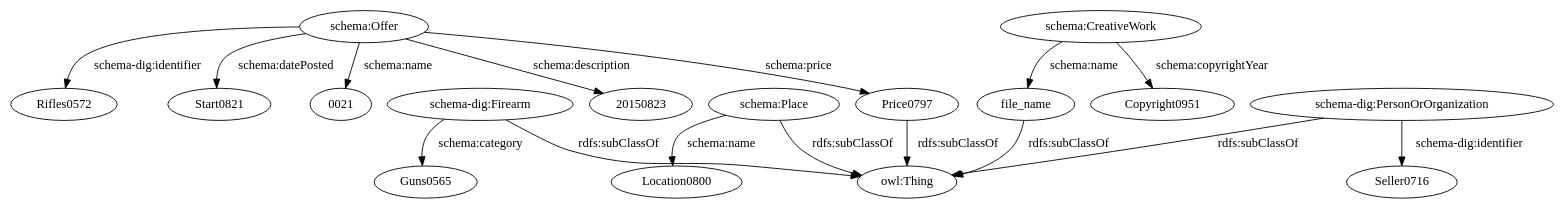
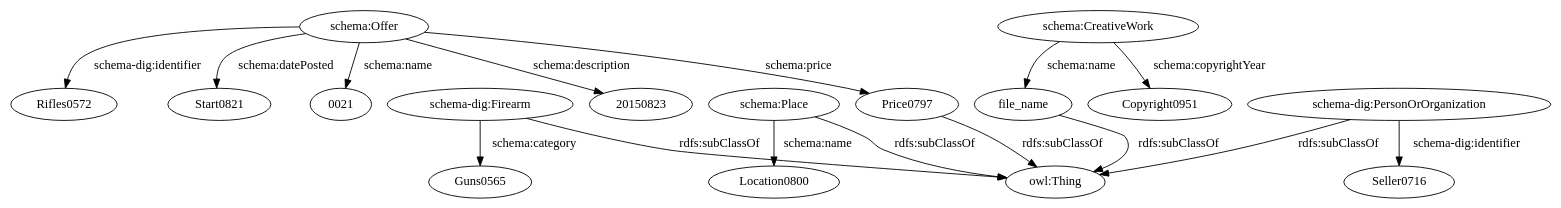
The diagram in data/taheriyan2016/task_04/semantic_models/plausibles/dot/floridaguntrader.dot (giuseppefutia/semi), drawn with Graphviz before and after one commit. The commit also changed 89 other files, not shown here.

```diff
--- a/data/taheriyan2016/task_04/semantic_models/plausibles/dot/floridaguntrader.dot
+++ b/data/taheriyan2016/task_04/semantic_models/plausibles/dot/floridaguntrader.dot
@@ -1,33 +1,33 @@
 digraph {
   "20150823" [type=attribute_name,label="20150823"]
   Guns0565 [type=attribute_name,label=Guns0565]
   "schema-dig:Firearm1" [type=class_uri,label="schema-dig:Firearm"]
   Seller0716 [type=attribute_name,label=Seller0716]
   "schema-dig:PersonOrOrganization1" [type=class_uri,label="schema-dig:PersonOrOrganization"]
   Copyright0951 [type=attribute_name,label=Copyright0951]
   "schema:CreativeWork1" [type=class_uri,label="schema:CreativeWork"]
   file_name [type=attribute_name,label=file_name]
   Rifles0572 [type=attribute_name,label=Rifles0572]
   "schema:Offer1" [type=class_uri,label="schema:Offer"]
   Start0821 [type=attribute_name,label=Start0821]
   "0021" [type=attribute_name,label="0021"]
   Price0797 [type=attribute_name,label=Price0797]
   Location0800 [type=attribute_name,label=Location0800]
   "schema:Place1" [type=class_uri,label="schema:Place"]
   "owl:Thing" [type=special,label="owl:Thing"]
   "schema-dig:Firearm1" -> Guns0565 [label="schema:category",type=st_property_uri]
   "schema-dig:PersonOrOrganization1" -> Seller0716 [label="schema-dig:identifier",type=st_property_uri]
   "schema:CreativeWork1" -> Copyright0951 [label="schema:copyrightYear",type=st_property_uri]
   "schema:CreativeWork1" -> file_name [label="schema:name",type=st_property_uri]
   "schema:Offer1" -> Rifles0572 [label="schema-dig:identifier",type=st_property_uri]
   "schema:Offer1" -> Start0821 [label="schema:datePosted",type=st_property_uri]
   "schema:Offer1" -> "20150823" [label="schema:description",type=st_property_uri]
   "schema:Offer1" -> "0021" [label="schema:name",type=st_property_uri]
   "schema:Offer1" -> Price0797 [label="schema:price",type=st_property_uri]
   "schema:Place1" -> Location0800 [label="schema:name",type=st_property_uri]
-  Price0797 -> "owl:Thing" [label="rdfs:subClassOf",type=inherited]
-  "schema-dig:Firearm1" -> "owl:Thing" [label="rdfs:subClassOf",type=inherited]
-  "schema-dig:PersonOrOrganization1" -> "owl:Thing" [label="rdfs:subClassOf",type=inherited]
-  file_name -> "owl:Thing" [label="rdfs:subClassOf",type=inherited]
-  "schema:Place1" -> "owl:Thing" [label="rdfs:subClassOf",type=inherited]
+  Price0797 -> "owl:Thing" [label="rdfs:subClassOf",type=inherited,weight=0.3333333333333333]
+  "schema-dig:Firearm1" -> "owl:Thing" [label="rdfs:subClassOf",type=inherited,weight=0.3333333333333333]
+  "schema-dig:PersonOrOrganization1" -> "owl:Thing" [label="rdfs:subClassOf",type=inherited,weight=0.3333333333333333]
+  file_name -> "owl:Thing" [label="rdfs:subClassOf",type=inherited,weight=0.3333333333333333]
+  "schema:Place1" -> "owl:Thing" [label="rdfs:subClassOf",type=inherited,weight=0.3333333333333333]
 }
```
